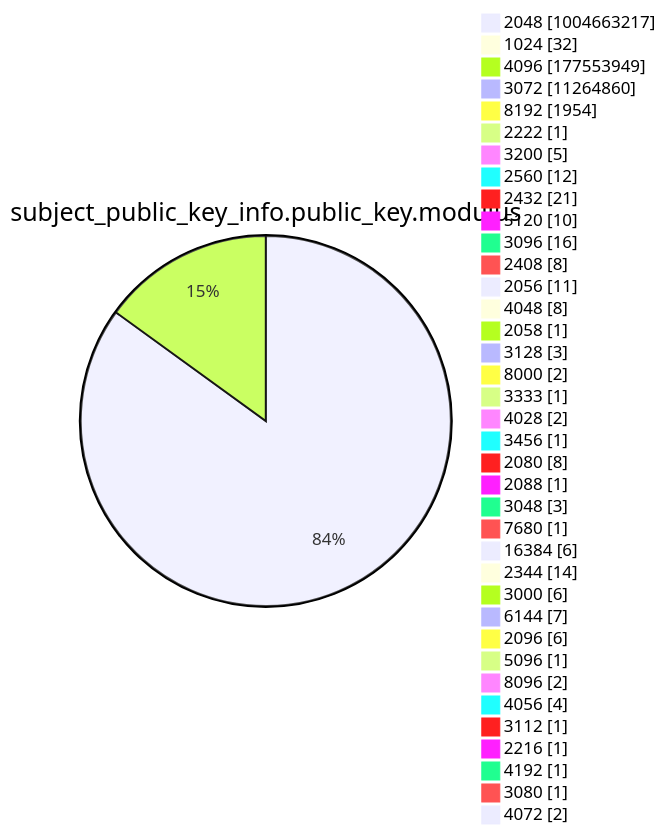
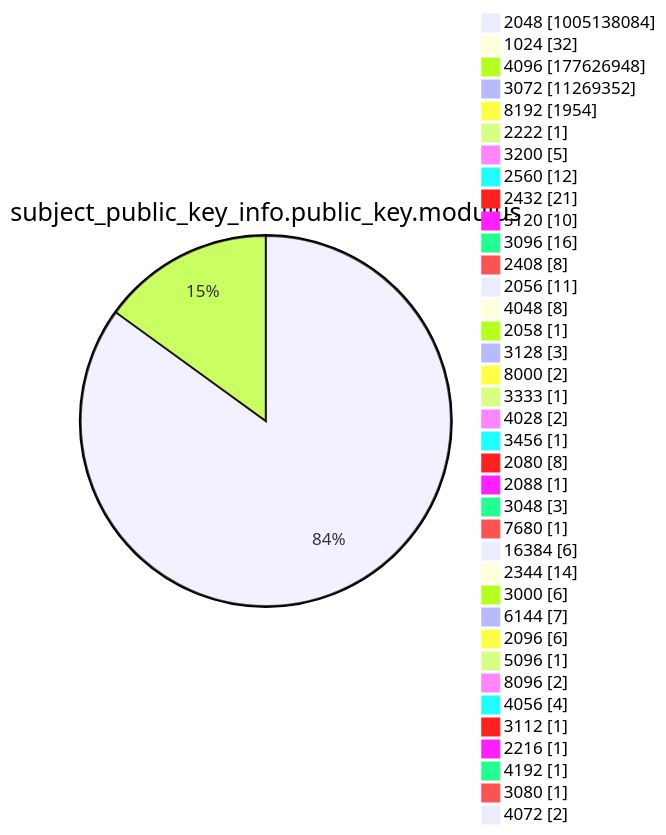
One commit to christiankrug/ctmonitor_visualization changed diagram 13 of 15 in argon2022/README.md. Above: the diagram before and after it, drawn with Mermaid. The commit also changed other lines of this file, not shown here.

````diff
--- a/argon2022/README.md
+++ b/argon2022/README.md
@@ -3587,41 +3588,41 @@
 ```mermaid
 pie showData
 title subject_public_key_info.public_key.modulus
-"2048" :1004663217
+"2048" :1005138084
 "1024" :32
-"4096" :177553949
-"3072" :11264860
+"4096" :177626948
+"3072" :11269352
 "8192" :1954
 "2222" :1
 "3200" :5
 "2560" :12
 "2432" :21
 "5120" :10
 "3096" :16
 "2408" :8
 "2056" :11
 "4048" :8
 "2058" :1
 "3128" :3
 "8000" :2
 "3333" :1
 "4028" :2
 "3456" :1
 "2080" :8
 "2088" :1
 "3048" :3
 "7680" :1
 "16384" :6
 "2344" :14
 "3000" :6
 "6144" :7
 "2096" :6
 "5096" :1
 "8096" :2
 "4056" :4
 "3112" :1
 "2216" :1
 "4192" :1
 "3080" :1
 "4072" :2
 ```
````
